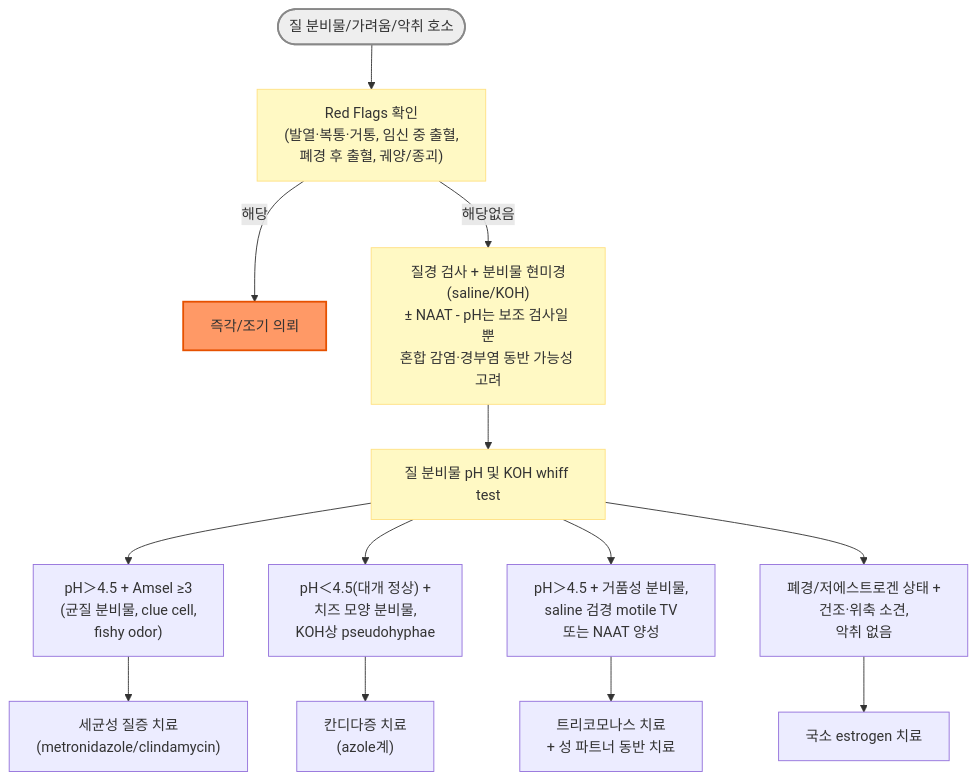
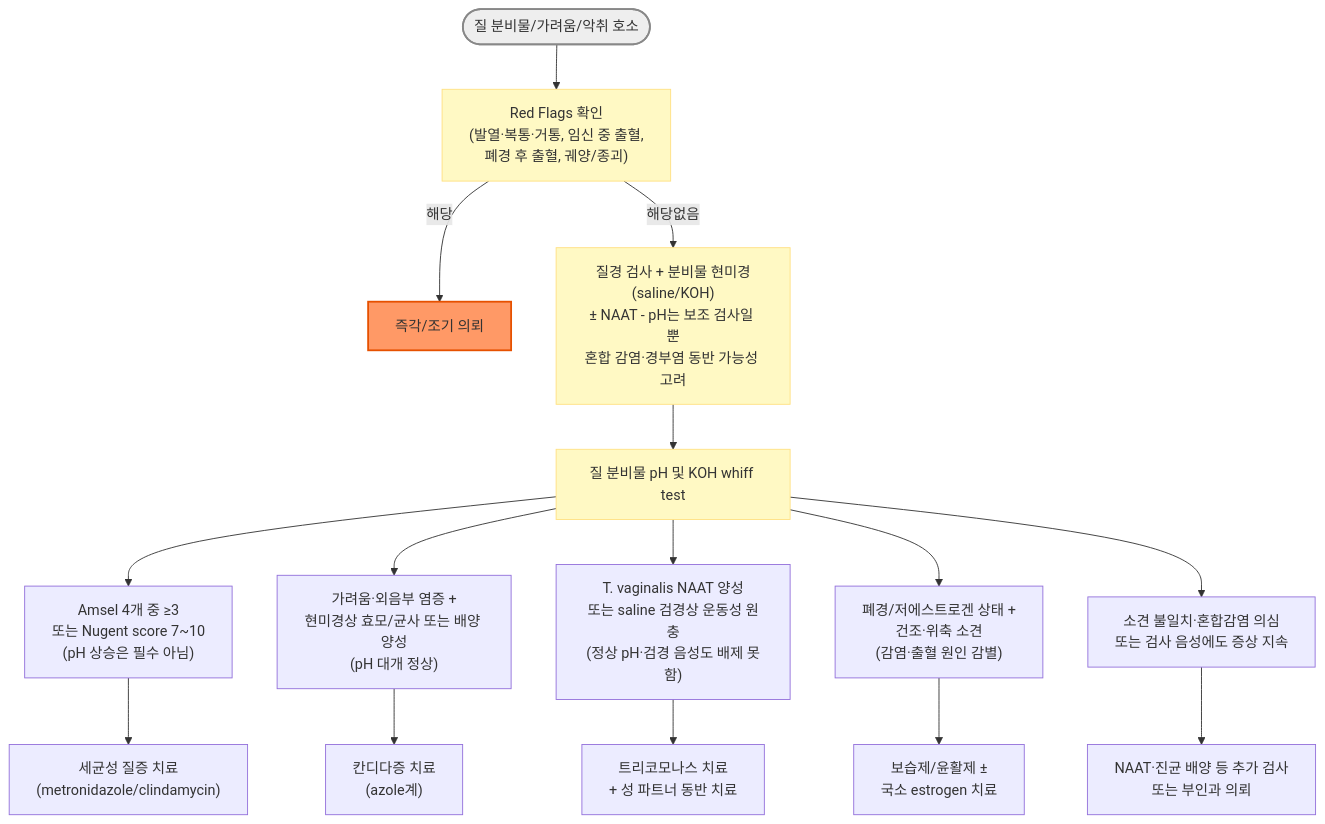
Before and after one commit to familyoh77/familyoh77: the diagram in 227_/122_-vulvovaginal-infections.md, drawn with Mermaid. The commit also changed other lines of this file, not shown here.

````diff
--- a/227_/122_-vulvovaginal-infections.md
+++ b/227_/122_-vulvovaginal-infections.md
@@ -136,20 +136,22 @@
 ```mermaid
 graph TD
     Start(["질 분비물/가려움/악취 호소"]) --> RedFlag["Red Flags 확인<br>(발열·복통·거통, 임신 중 출혈,<br>폐경 후 출혈, 궤양/종괴)"]
     RedFlag -- "해당" --> RF_pos["즉각/조기 의뢰"]
     RedFlag -- "해당없음" --> Exam["질경 검사 + 분비물 현미경(saline/KOH)<br>± NAAT - pH는 보조 검사일 뿐<br>혼합 감염·경부염 동반 가능성 고려"]
     Exam --> pH["질 분비물 pH 및 KOH whiff test"]
-    pH --> BVpath["pH＞4.5 + Amsel ≥3<br>(균질 분비물, clue cell,<br>fishy odor)"]
-    pH --> Candidapath["pH＜4.5(대개 정상) +<br>치즈 모양 분비물,<br>KOH상 pseudohyphae"]
-    pH --> TVpath["pH＞4.5 + 거품성 분비물,<br>saline 검경 motile TV<br>또는 NAAT 양성"]
-    pH --> Atrophypath["폐경/저에스트로겐 상태 +<br>건조·위축 소견,<br>악취 없음"]
+    pH --> BVpath["Amsel 4개 중 ≥3<br>또는 Nugent score 7~10<br>(pH 상승은 필수 아님)"]
+    pH --> Candidapath["가려움·외음부 염증 +<br>현미경상 효모/균사 또는 배양 양성<br>(pH 대개 정상)"]
+    pH --> TVpath["T. vaginalis NAAT 양성<br>또는 saline 검경상 운동성 원충<br>(정상 pH·검경 음성도 배제 못함)"]
+    pH --> Atrophypath["폐경/저에스트로겐 상태 +<br>건조·위축 소견<br>(감염·출혈 원인 감별)"]
+    pH --> Otherpath["소견 불일치·혼합감염 의심<br>또는 검사 음성에도 증상 지속"]
     BVpath --> BVtx["세균성 질증 치료<br>(metronidazole/clindamycin)"]
     Candidapath --> Candidatx["칸디다증 치료<br>(azole계)"]
     TVpath --> TVtx["트리코모나스 치료<br>+ 성 파트너 동반 치료"]
-    Atrophypath --> Atrophytx["국소 estrogen 치료"]
+    Atrophypath --> Atrophytx["보습제/윤활제 ±<br>국소 estrogen 치료"]
+    Otherpath --> Othertx["NAAT·진균 배양 등 추가 검사<br>또는 부인과 의뢰"]
     style RedFlag fill:#fff9c4,stroke:#ffe082
     style Exam fill:#fff9c4,stroke:#ffe082
     style pH fill:#fff9c4,stroke:#ffe082
     style Start fill:#eeeeee,stroke:#888888,stroke-width:2px
     style RF_pos fill:#f96,stroke:#e65100,stroke-width:2px
 ```
````
